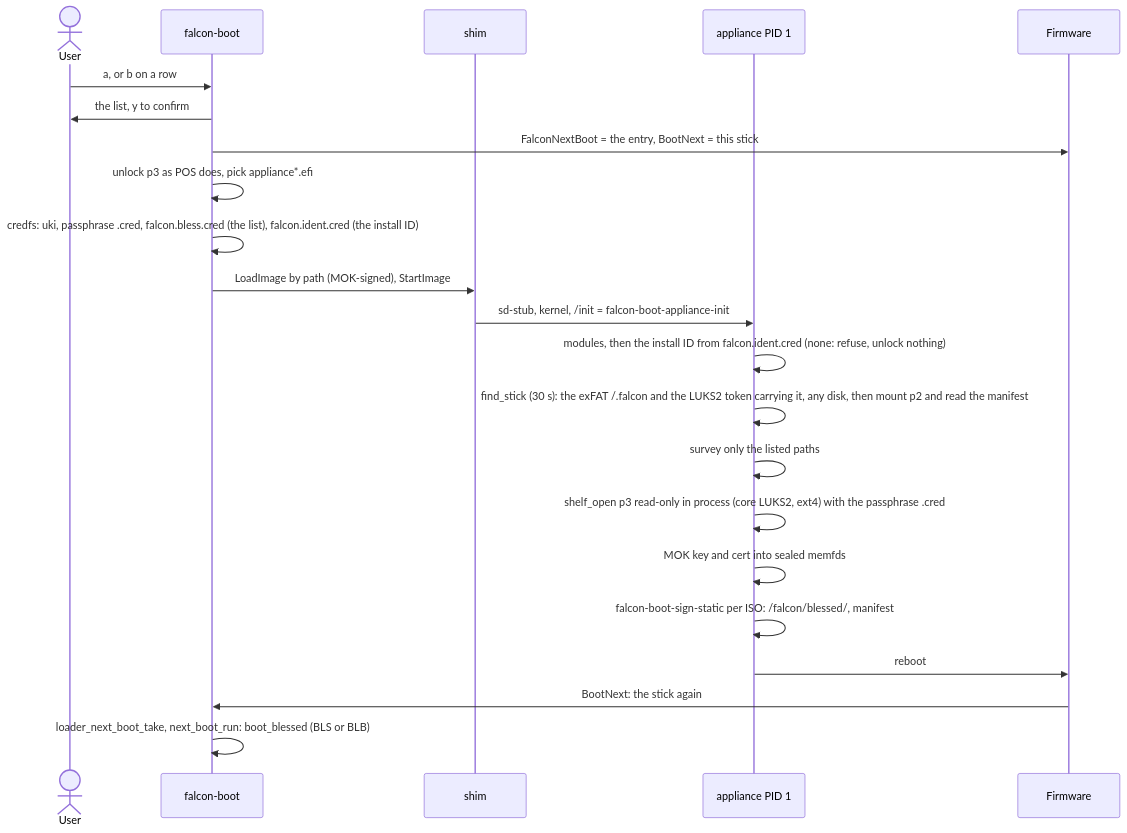
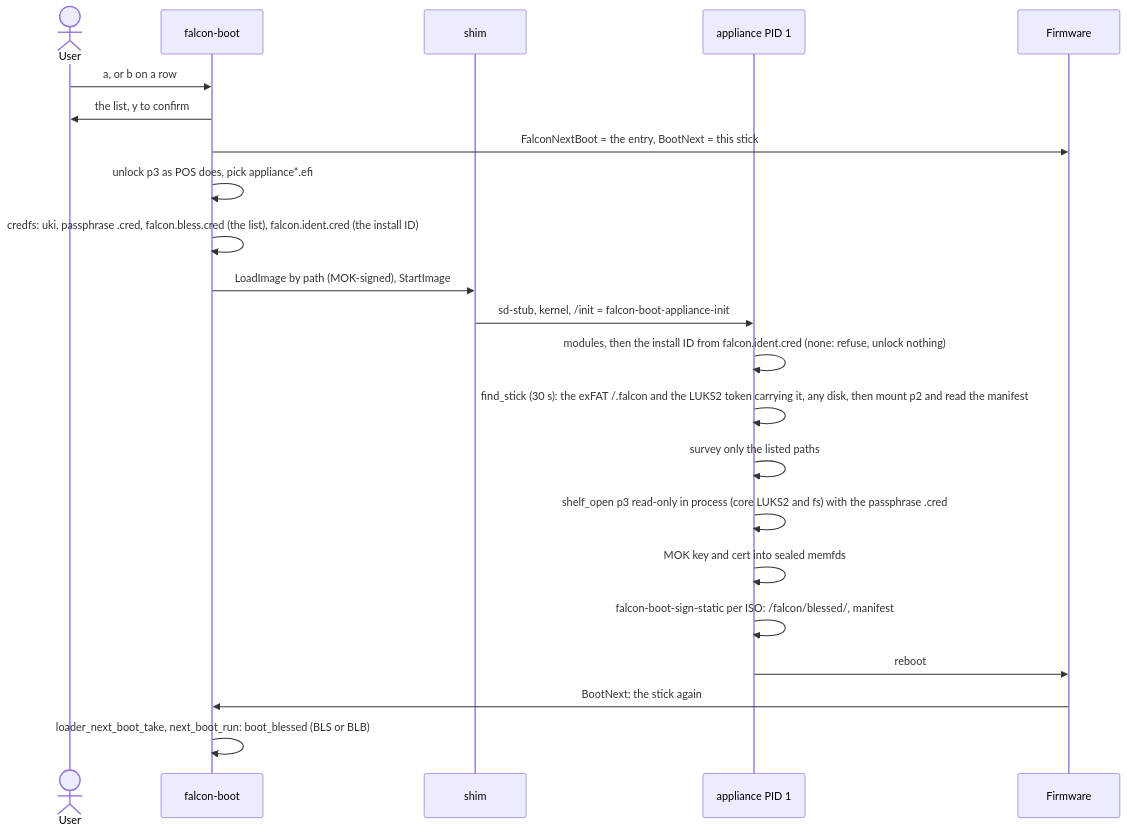
Before and after one commit to vifair22/falcon-boot: the fourth of 24 diagrams in docs/DESIGN.md, drawn with Mermaid. The commit also changed other lines of this file and 3 other files, not shown here.

````diff
--- a/docs/DESIGN.md
+++ b/docs/DESIGN.md
@@ -2858,24 +2875,24 @@
 ```mermaid
 sequenceDiagram
     actor U as User
     participant L as falcon-boot
     participant S as shim
     participant A as appliance PID 1
     participant F as Firmware
     U->>L: a, or b on a row
     L->>U: the list, y to confirm
     L->>F: FalconNextBoot = the entry, BootNext = this stick
     L->>L: unlock p3 as POS does, pick appliance*.efi
     L->>L: credfs: uki, passphrase .cred, falcon.bless.cred (the list), falcon.ident.cred (the install ID)
     L->>S: LoadImage by path (MOK-signed), StartImage
     S->>A: sd-stub, kernel, /init = falcon-boot-appliance-init
     A->>A: modules, then the install ID from falcon.ident.cred (none: refuse, unlock nothing)
     A->>A: find_stick (30 s): the exFAT /.falcon and the LUKS2 token carrying it, any disk, then mount p2 and read the manifest
     A->>A: survey only the listed paths
-    A->>A: shelf_open p3 read-only in process (core LUKS2, ext4) with the passphrase .cred
+    A->>A: shelf_open p3 read-only in process (core LUKS2 and fs) with the passphrase .cred
     A->>A: MOK key and cert into sealed memfds
     A->>A: falcon-boot-sign-static per ISO: /falcon/blessed/, manifest
     A->>F: reboot
     F->>L: BootNext: the stick again
     L->>L: loader_next_boot_take, next_boot_run: boot_blessed (BLS or BLB)
 ```
````
